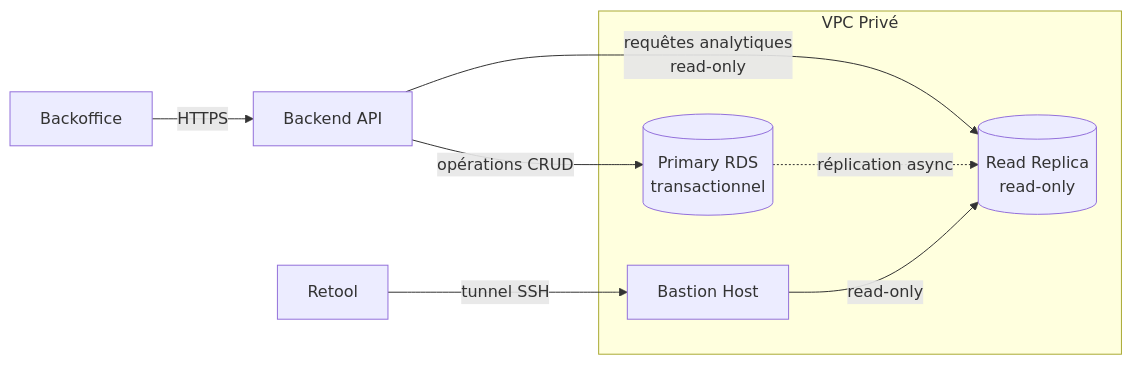
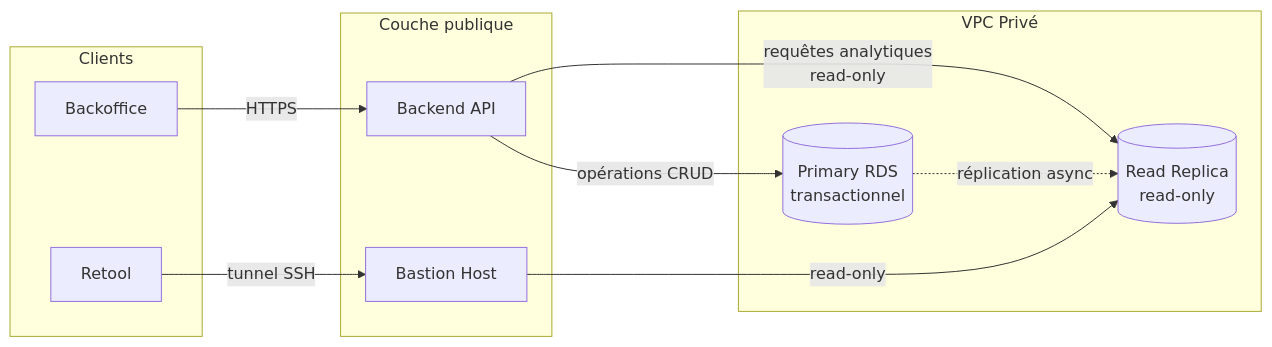
One commit to omraneah/boringsystems changed the diagram in src/content/work-fr/serving-analytics-without-a-data-warehouse.md. Above: the diagram before and after it, drawn with Mermaid. The commit also changed other lines of this file and 1 other file, not shown here.

First line of the commit message:
fix(work): restructure analytics article — diagram, dbt appendix, tool legend

````diff
--- a/src/content/work-fr/serving-analytics-without-a-data-warehouse.md
+++ b/src/content/work-fr/serving-analytics-without-a-data-warehouse.md
@@ -89,19 +73,24 @@
 ```mermaid
 graph LR
-    BO["Backoffice"]
-    BE["Backend API"]
-    RT["Retool"]
+    subgraph clients ["Clients"]
+        BO["Backoffice"]
+        RT["Retool"]
+    end
+
+    subgraph pub ["Couche publique"]
+        BE["Backend API"]
+        BH["Bastion Host"]
+    end
 
     subgraph vpc ["VPC Privé"]
-        BH["Bastion Host"]
         PRDS[("Primary RDS\ntransactionnel")]
         REP[("Read Replica\nread-only")]
     end
 
     BO -->|HTTPS| BE
+    RT -->|tunnel SSH| BH
     BE -->|"opérations CRUD"| PRDS
     BE -->|"requêtes analytiques\nread-only"| REP
     PRDS -.->|réplication async| REP
-    RT -->|tunnel SSH| BH
     BH -->|read-only| REP
 ```
````
